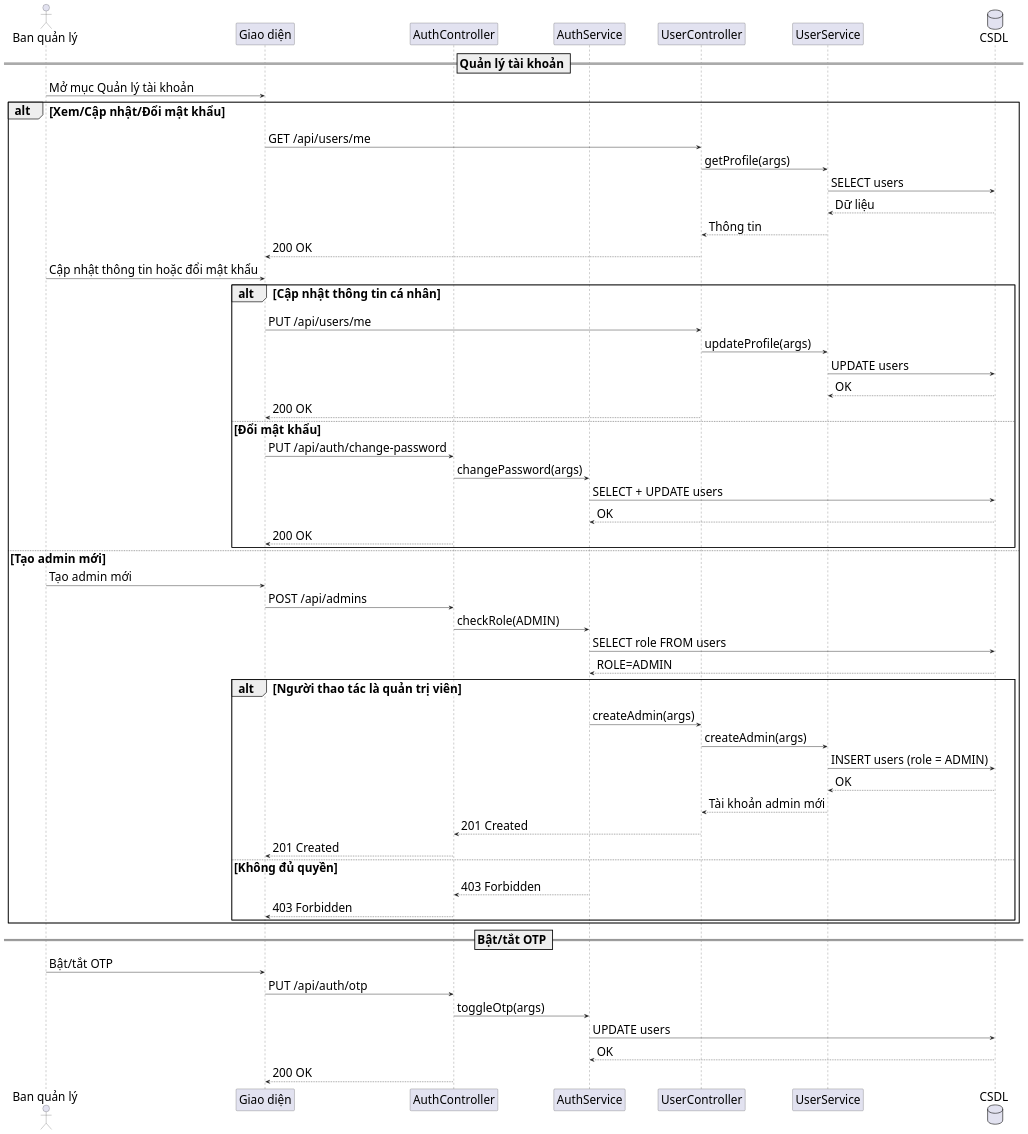
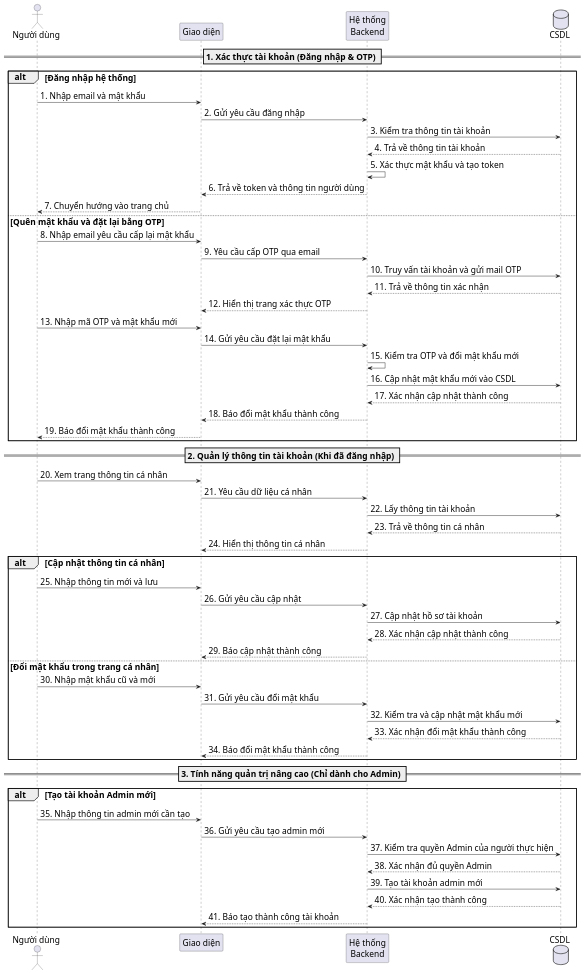
The diagram in diagrams/nhomtaikhoan/account_admin_sequence.puml (s0nbuildtech287/dormitory-frontend), drawn with PlantUML before and after one commit. The commit also changed 3 other files, not shown here.

```diff
--- a/diagrams/nhomtaikhoan/account_admin_sequence.puml
+++ b/diagrams/nhomtaikhoan/account_admin_sequence.puml
@@ -1,64 +1,66 @@
 @startuml "Admin Account Management Sequence"
-skinparam defaultFontSize 28
+skinparam defaultFontSize 20
 skinparam defaultFontName "Times New Roman"
-skinparam sequenceMessageSize 28
-actor "Ban quản lý" as Admin
+skinparam sequenceMessageSize 20
+
+actor "Người dùng" as User
 participant "Giao diện" as FE
-participant "AuthController" as AuthC
-participant "AuthService" as AuthS
-participant "UserController" as UserC
-participant "UserService" as UserS
+participant "Hệ thống\nBackend" as BE
 database "CSDL" as DB
 
-== Quản lý tài khoản ==
-Admin -> FE: Mở mục Quản lý tài khoản
-
-alt Xem/Cập nhật/Đổi mật khẩu
-	FE -> UserC: GET /api/users/me
-	UserC -> UserS: getProfile(args)
-	UserS -> DB: SELECT users
-	DB --> UserS: Dữ liệu
-	UserS --> UserC: Thông tin
-	UserC --> FE: 200 OK
-	Admin -> FE: Cập nhật thông tin hoặc đổi mật khẩu
-	alt Cập nhật thông tin cá nhân
-		FE -> UserC: PUT /api/users/me
-		UserC -> UserS: updateProfile(args)
-		UserS -> DB: UPDATE users
-		DB --> UserS: OK
-		UserC --> FE: 200 OK
-	else Đổi mật khẩu
-		FE -> AuthC: PUT /api/auth/change-password
-		AuthC -> AuthS: changePassword(args)
-		AuthS -> DB: SELECT + UPDATE users
-		DB --> AuthS: OK
-		AuthC --> FE: 200 OK
-	end
-else Tạo admin mới
-	Admin -> FE: Tạo admin mới
-	FE -> AuthC: POST /api/admins
-	AuthC -> AuthS: checkRole(ADMIN)
-	AuthS -> DB: SELECT role FROM users
-	DB --> AuthS: ROLE=ADMIN
-	alt Người thao tác là quản trị viên
-		AuthS -> UserC: createAdmin(args)
-		UserC -> UserS: createAdmin(args)
-		UserS -> DB: INSERT users (role = ADMIN)
-		DB --> UserS: OK
-		UserS --> UserC: Tài khoản admin mới
-		UserC --> AuthC: 201 Created
-		AuthC --> FE: 201 Created
-	else Không đủ quyền
-		AuthS --> AuthC: 403 Forbidden
-		AuthC --> FE: 403 Forbidden
-	end
+== 1. Xác thực tài khoản (Đăng nhập & OTP) ==
+alt Đăng nhập hệ thống
+  User -> FE: 1. Nhập email và mật khẩu
+  FE -> BE: 2. Gửi yêu cầu đăng nhập
+  BE -> DB: 3. Kiểm tra thông tin tài khoản
+  DB --> BE: 4. Trả về thông tin tài khoản
+  BE -> BE: 5. Xác thực mật khẩu và tạo token
+  BE --> FE: 6. Trả về token và thông tin người dùng
+  FE --> User: 7. Chuyển hướng vào trang chủ
+else Quên mật khẩu và đặt lại bằng OTP
+  User -> FE: 8. Nhập email yêu cầu cấp lại mật khẩu
+  FE -> BE: 9. Yêu cầu cấp OTP qua email
+  BE -> DB: 10. Truy vấn tài khoản và gửi mail OTP
+  DB --> BE: 11. Trả về thông tin xác nhận
+  BE --> FE: 12. Hiển thị trang xác thực OTP
+  User -> FE: 13. Nhập mã OTP và mật khẩu mới
+  FE -> BE: 14. Gửi yêu cầu đặt lại mật khẩu
+  BE -> BE: 15. Kiểm tra OTP và đổi mật khẩu mới
+  BE -> DB: 16. Cập nhật mật khẩu mới vào CSDL
+  DB --> BE: 17. Xác nhận cập nhật thành công
+  BE --> FE: 18. Báo đổi mật khẩu thành công
+  FE --> User: 19. Báo đổi mật khẩu thành công
 end
 
-== Bật/tắt OTP ==
-Admin -> FE: Bật/tắt OTP
-FE -> AuthC: PUT /api/auth/otp
-AuthC -> AuthS: toggleOtp(args)
-AuthS -> DB: UPDATE users
-DB --> AuthS: OK
-AuthC --> FE: 200 OK
+== 2. Quản lý thông tin tài khoản (Khi đã đăng nhập) ==
+User -> FE: 20. Xem trang thông tin cá nhân
+FE -> BE: 21. Yêu cầu dữ liệu cá nhân
+BE -> DB: 22. Lấy thông tin tài khoản
+DB --> BE: 23. Trả về thông tin cá nhân
+BE --> FE: 24. Hiển thị thông tin cá nhân
+
+alt Cập nhật thông tin cá nhân
+  User -> FE: 25. Nhập thông tin mới và lưu
+  FE -> BE: 26. Gửi yêu cầu cập nhật
+  BE -> DB: 27. Cập nhật hồ sơ tài khoản
+  DB --> BE: 28. Xác nhận cập nhật thành công
+  BE --> FE: 29. Báo cập nhật thành công
+else Đổi mật khẩu trong trang cá nhân
+  User -> FE: 30. Nhập mật khẩu cũ và mới
+  FE -> BE: 31. Gửi yêu cầu đổi mật khẩu
+  BE -> DB: 32. Kiểm tra và cập nhật mật khẩu mới
+  DB --> BE: 33. Xác nhận đổi mật khẩu thành công
+  BE --> FE: 34. Báo đổi mật khẩu thành công
+end
+
+== 3. Tính năng quản trị nâng cao (Chỉ dành cho Admin) ==
+alt Tạo tài khoản Admin mới
+  User -> FE: 35. Nhập thông tin admin mới cần tạo
+  FE -> BE: 36. Gửi yêu cầu tạo admin mới
+  BE -> DB: 37. Kiểm tra quyền Admin của người thực hiện
+  DB --> BE: 38. Xác nhận đủ quyền Admin
+  BE -> DB: 39. Tạo tài khoản admin mới
+  DB --> BE: 40. Xác nhận tạo thành công
+  BE --> FE: 41. Báo tạo thành công tài khoản
+end
 @enduml
```
